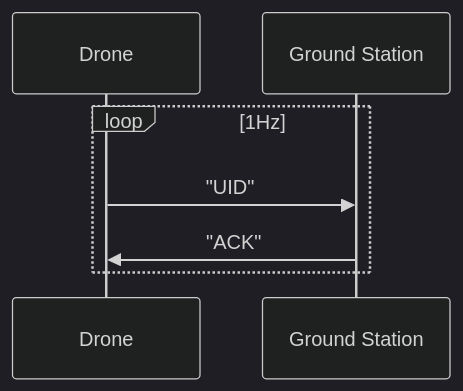
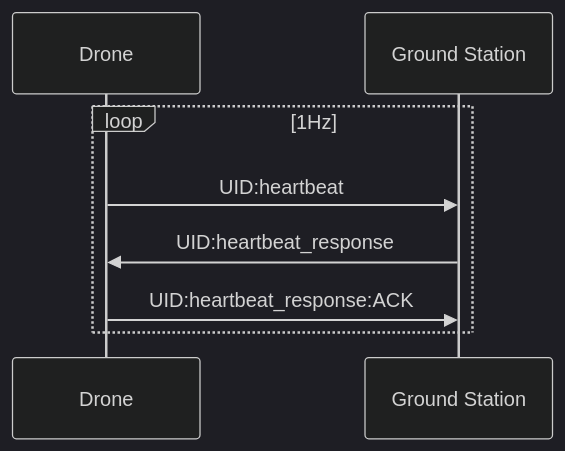
The third of 3 diagrams in documentation/comms_structure.md (lherlein/rover-repo), drawn with Mermaid (dark theme) before and after one commit. The commit also changed other lines of this file and 40 other files, not shown here.

````diff
--- a/documentation/comms_structure.md
+++ b/documentation/comms_structure.md
@@ -57,7 +64,8 @@
 ```mermaid
 sequenceDiagram
   loop 1Hz
-    Drone ->> Ground Station: "UID"
-    Ground Station ->> Drone: "ACK"
+    Drone ->> Ground Station: UID:heartbeat
+    Ground Station ->> Drone: UID:heartbeat_response
+    Drone ->> Ground Station: UID:heartbeat_response:ACK
   end
 ```
````
